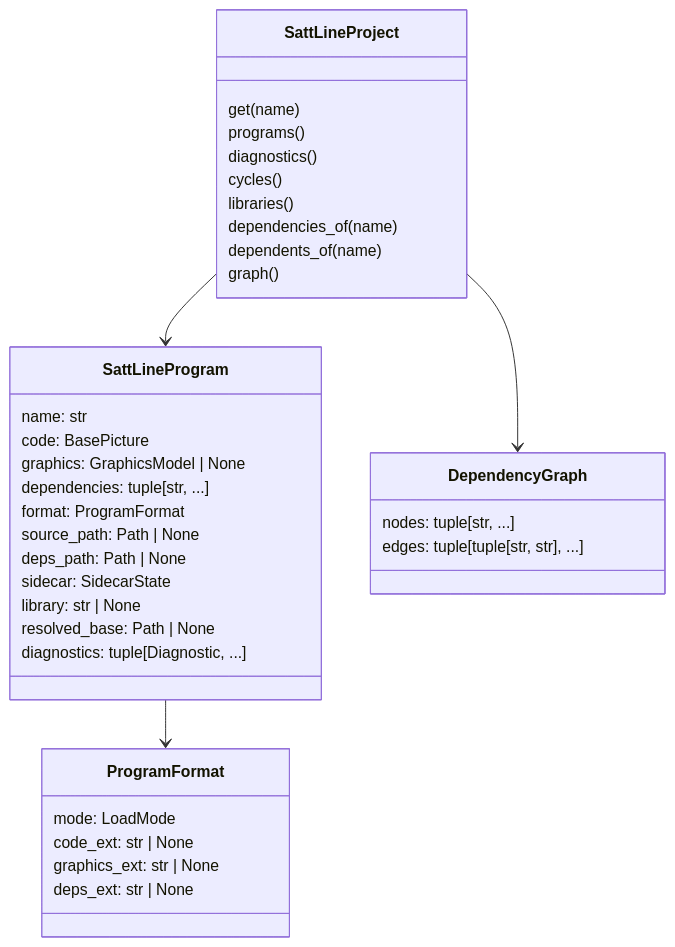
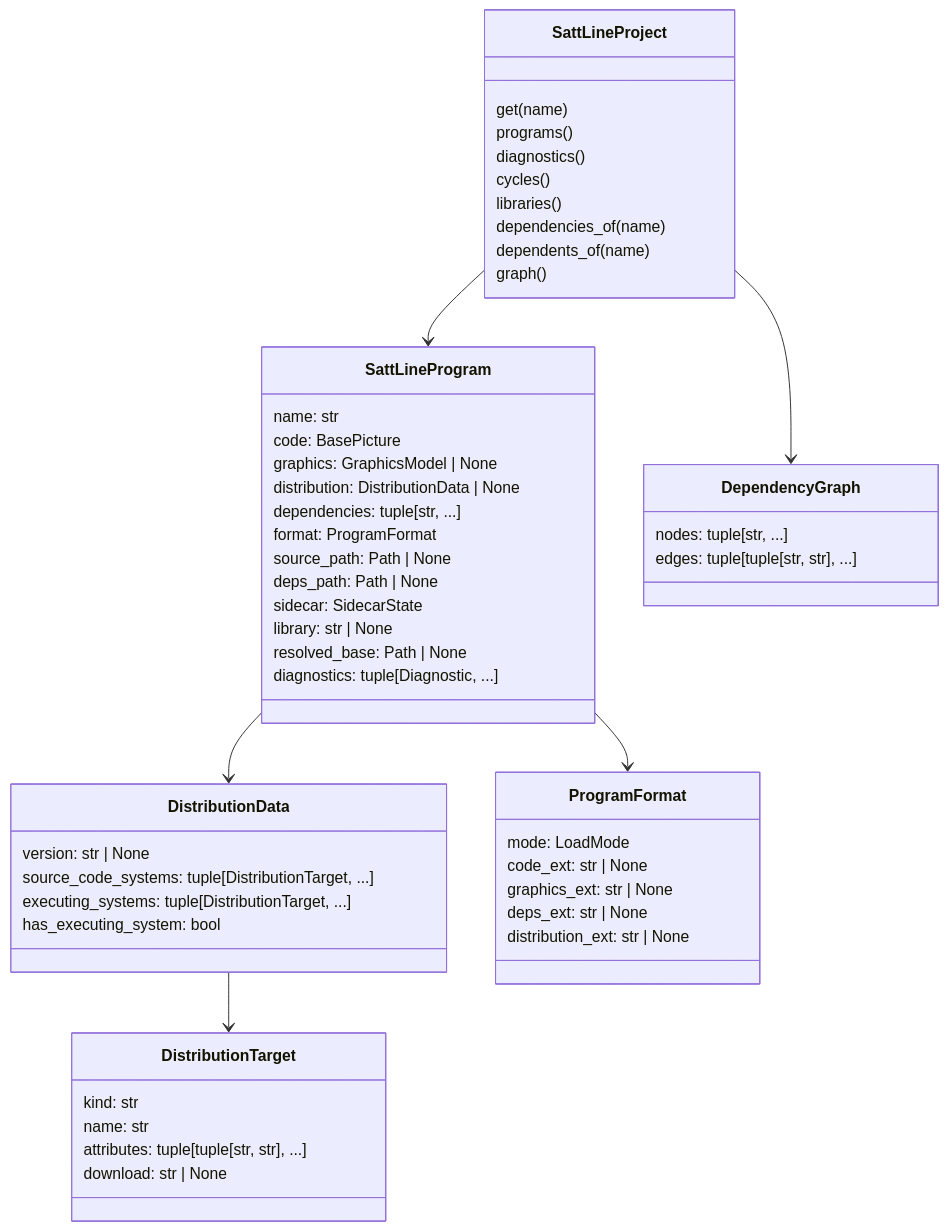
One commit to SorenHJohansen/sattline-parser changed the sixth of 7 diagrams in docs/project.md. Above: the diagram before and after it, drawn with Mermaid. The commit also changed other lines of this file and 29 other files, not shown here.

````diff
--- a/docs/project.md
+++ b/docs/project.md
@@ -253,40 +278,56 @@
 ```mermaid
 classDiagram
     class SattLineProject {
         get(name)
         programs()
         diagnostics()
         cycles()
         libraries()
         dependencies_of(name)
         dependents_of(name)
         graph()
     }
     class SattLineProgram {
         name: str
         code: BasePicture
         graphics: GraphicsModel | None
+        distribution: DistributionData | None
         dependencies: tuple[str, ...]
         format: ProgramFormat
         source_path: Path | None
         deps_path: Path | None
         sidecar: SidecarState
         library: str | None
         resolved_base: Path | None
         diagnostics: tuple[Diagnostic, ...]
+    }
+    class DistributionData {
+        version: str | None
+        source_code_systems: tuple[DistributionTarget, ...]
+        executing_systems: tuple[DistributionTarget, ...]
+        has_executing_system: bool
+    }
+    class DistributionTarget {
+        kind: str
+        name: str
+        attributes: tuple[tuple[str, str], ...]
+        download: str | None
     }
     class DependencyGraph {
         nodes: tuple[str, ...]
         edges: tuple[tuple[str, str], ...]
     }
     class ProgramFormat {
         mode: LoadMode
         code_ext: str | None
         graphics_ext: str | None
         deps_ext: str | None
+        distribution_ext: str | None
     }
 
     SattLineProject --> SattLineProgram
     SattLineProject --> DependencyGraph
     SattLineProgram --> ProgramFormat
+    SattLineProgram --> DistributionData
+    DistributionData --> DistributionTarget
 ```
````
